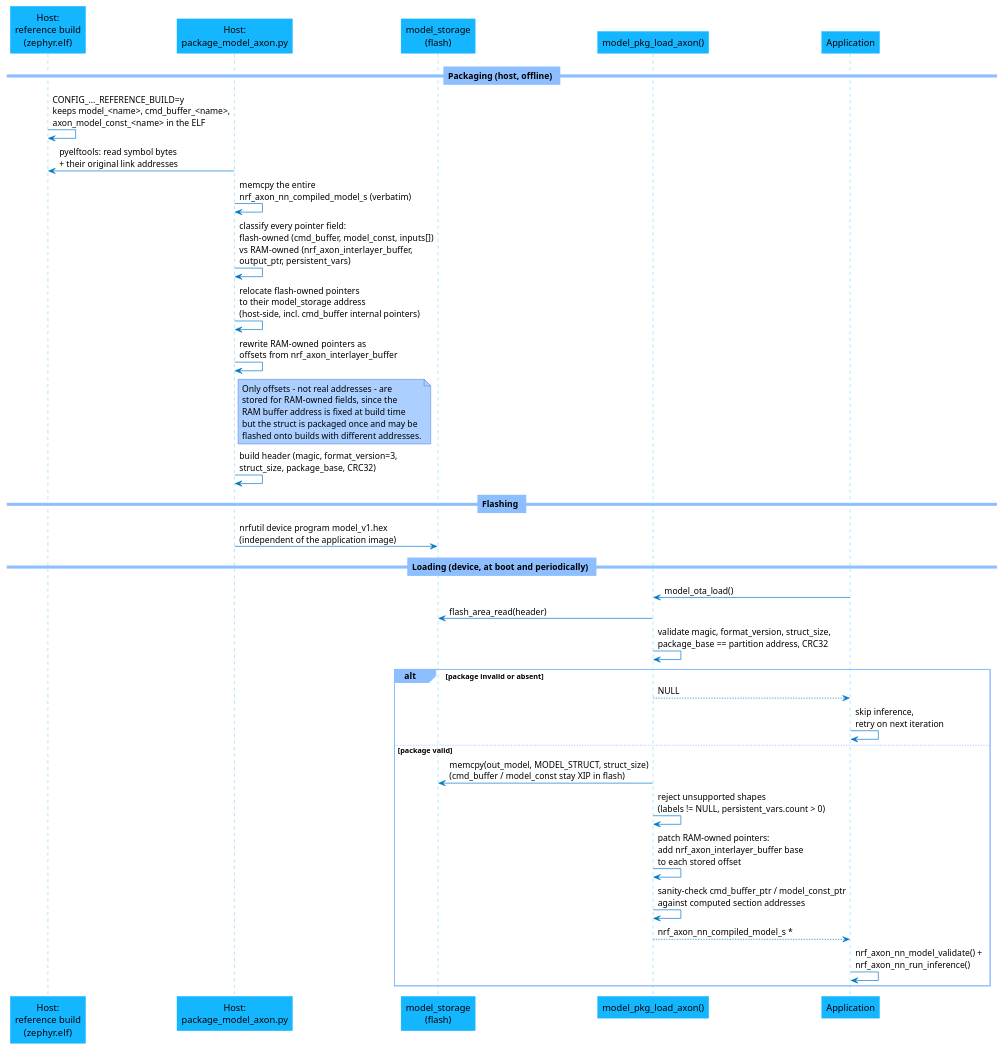
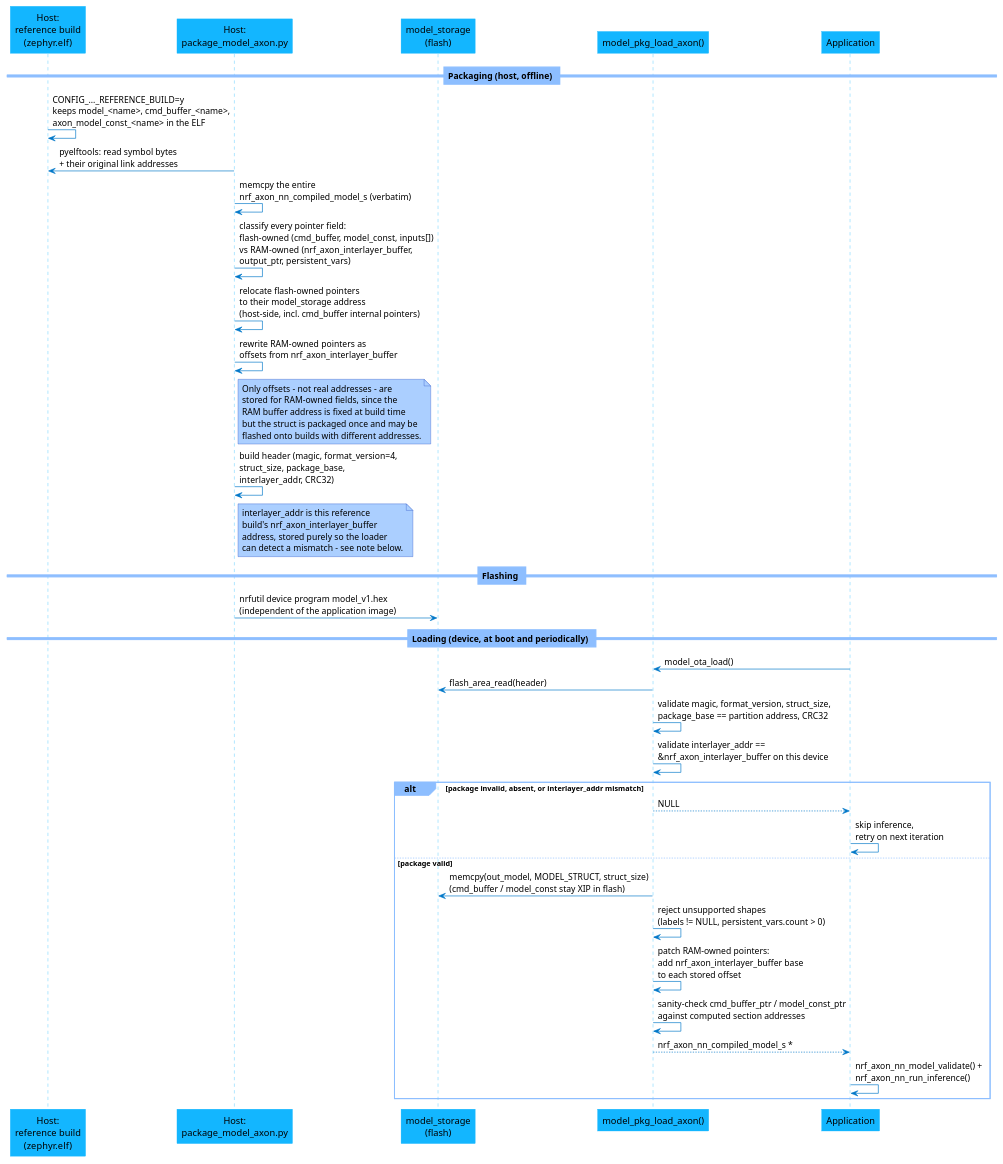
Before and after one commit to nrfconnect/sdk-edge-ai: the third of 3 diagrams in doc/libraries/model_ota.rst, drawn with PlantUML. The commit also changed other lines of this file and 8 other files, not shown here.

First line of the commit message:
lib: model_ota: fix stale nrf_axon_interlayer_buffer refs in cmd_buffer

```diff
--- a/doc/libraries/model_ota.rst
+++ b/doc/libraries/model_ota.rst
@@ -230,71 +235,78 @@
 .. uml::
    :caption: Axon packaging and loading. Flash-owned pointers are relocated once on the host; only RAM-owned pointers are patched on-device, and only cmd_buffer/model_const stay XIP.
 
    skinparam shadowing false
    skinparam roundcorner 0
    skinparam backgroundColor #FFFFFF
    skinparam ArrowColor #0077C8
    skinparam sequenceArrowThickness 1
 
    skinparam sequence {
      DividerBackgroundColor #8DBEFF
      DividerBorderColor #8DBEFF
      LifeLineBackgroundColor #13B6FF
      LifeLineBorderColor #13B6FF
      ParticipantBackgroundColor #13B6FF
      ParticipantBorderColor #13B6FF
      BoxBackgroundColor #C1E8FF
      BoxBorderColor #C1E8FF
      GroupBackgroundColor #8DBEFF
      GroupBorderColor #8DBEFF
    }
 
    skinparam note {
      BackgroundColor #ABCFFF
      BorderColor #2149C2
      Shadowing false
    }
 
    participant "Host:\nreference build\n(zephyr.elf)" as Ref
    participant "Host:\npackage_model_axon.py" as Host
    participant "model_storage\n(flash)" as Flash
    participant "model_pkg_load_axon()" as Loader
    participant "Application" as App
 
    == Packaging (host, offline) ==
 
    Ref -> Ref : CONFIG_..._REFERENCE_BUILD=y\nkeeps model_<name>, cmd_buffer_<name>,\naxon_model_const_<name> in the ELF
    Host -> Ref : pyelftools: read symbol bytes\n+ their original link addresses
    Host -> Host : memcpy the entire\nnrf_axon_nn_compiled_model_s (verbatim)
    Host -> Host : classify every pointer field:\nflash-owned (cmd_buffer, model_const, inputs[])\nvs RAM-owned (nrf_axon_interlayer_buffer,\noutput_ptr, persistent_vars)
    Host -> Host : relocate flash-owned pointers\nto their model_storage address\n(host-side, incl. cmd_buffer internal pointers)
    Host -> Host : rewrite RAM-owned pointers as\noffsets from nrf_axon_interlayer_buffer
    note right of Host
      Only offsets - not real addresses - are
      stored for RAM-owned fields, since the
      RAM buffer address is fixed at build time
      but the struct is packaged once and may be
      flashed onto builds with different addresses.
    end note
-   Host -> Host : build header (magic, format_version=3,\nstruct_size, package_base, CRC32)
+   Host -> Host : build header (magic, format_version=4,\nstruct_size, package_base,\ninterlayer_addr, CRC32)
+   note right of Host
+     interlayer_addr is this reference
+     build's nrf_axon_interlayer_buffer
+     address, stored purely so the loader
+     can detect a mismatch - see note below.
+   end note
 
    == Flashing ==
 
    Host -> Flash : nrfutil device program model_v1.hex\n(independent of the application image)
 
    == Loading (device, at boot and periodically) ==
 
    App -> Loader : model_ota_load()
    Loader -> Flash : flash_area_read(header)
    Loader -> Loader : validate magic, format_version, struct_size,\npackage_base == partition address, CRC32
-   alt package invalid or absent
+   Loader -> Loader : validate interlayer_addr ==\n&nrf_axon_interlayer_buffer on this device
+   alt package invalid, absent, or interlayer_addr mismatch
      Loader --> App : NULL
      App -> App : skip inference,\nretry on next iteration
    else package valid
      Loader -> Flash : memcpy(out_model, MODEL_STRUCT, struct_size)\n(cmd_buffer / model_const stay XIP in flash)
      Loader -> Loader : reject unsupported shapes\n(labels != NULL, persistent_vars.count > 0)
      Loader -> Loader : patch RAM-owned pointers:\nadd nrf_axon_interlayer_buffer base\nto each stored offset
      Loader -> Loader : sanity-check cmd_buffer_ptr / model_const_ptr\nagainst computed section addresses
      Loader --> App : nrf_axon_nn_compiled_model_s *
      App -> App : nrf_axon_nn_model_validate() +\nnrf_axon_nn_run_inference()
    end
```
